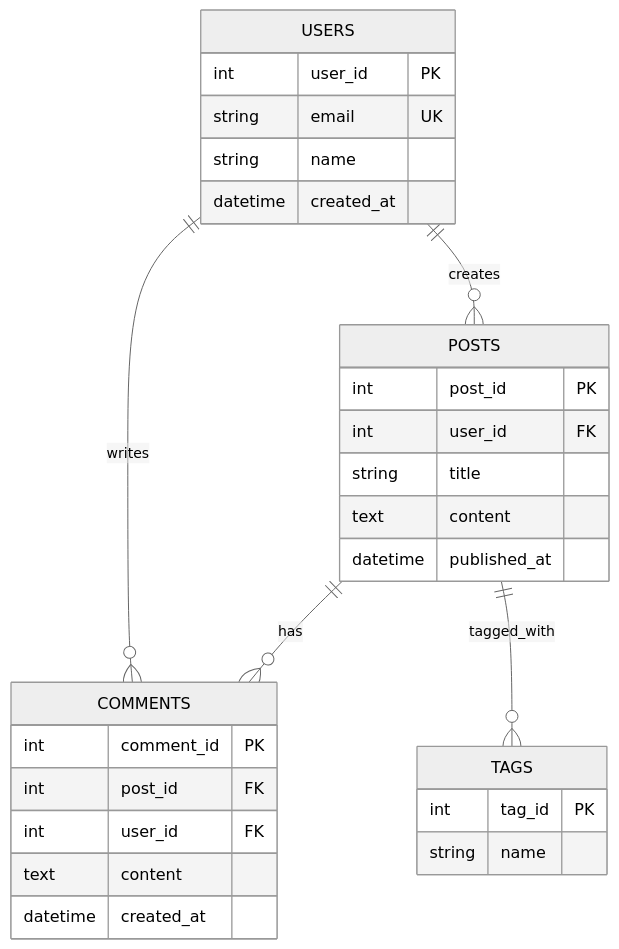
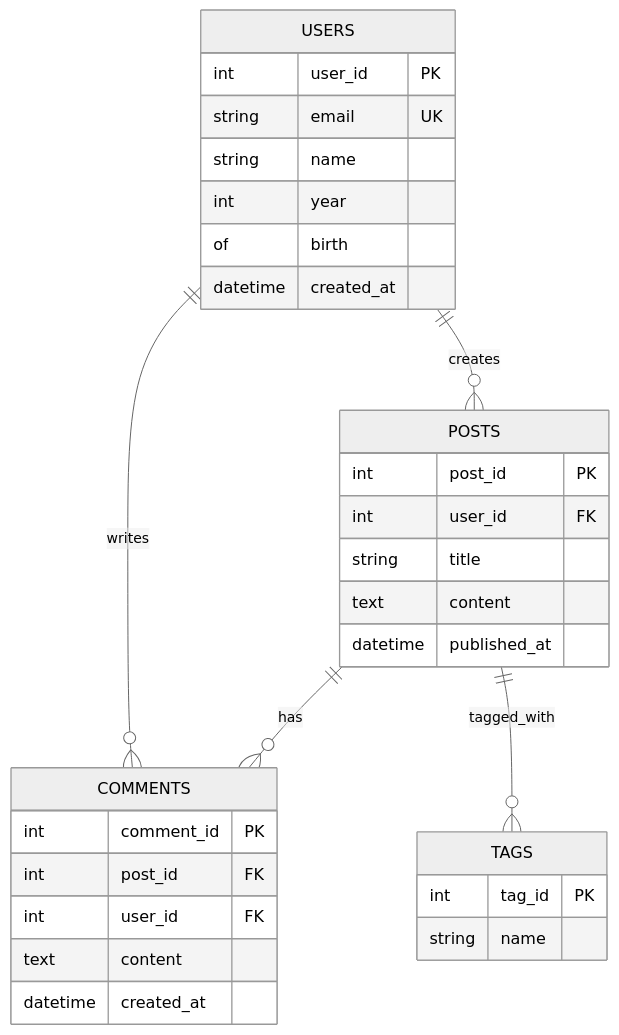
The diagram in samples/02-intermediate/entity-relationship.md (TheFlow0360/mermaidjs-sample), drawn with Mermaid (neutral theme) before and after one commit.

````diff
--- a/samples/02-intermediate/entity-relationship.md
+++ b/samples/02-intermediate/entity-relationship.md
@@ -18,35 +18,36 @@
 ```mermaid
 erDiagram
     USERS ||--o{ POSTS : creates
     USERS ||--o{ COMMENTS : writes
     POSTS ||--o{ COMMENTS : has
     POSTS ||--o{ TAGS : tagged_with
 
     USERS {
         int user_id PK
         string email UK
         string name
+        int year of birth
         datetime created_at
     }
 
     POSTS {
         int post_id PK
         int user_id FK
         string title
         text content
         datetime published_at
     }
 
     COMMENTS {
         int comment_id PK
         int post_id FK
         int user_id FK
         text content
         datetime created_at
     }
 
     TAGS {
         int tag_id PK
         string name
     }
 ```
````
